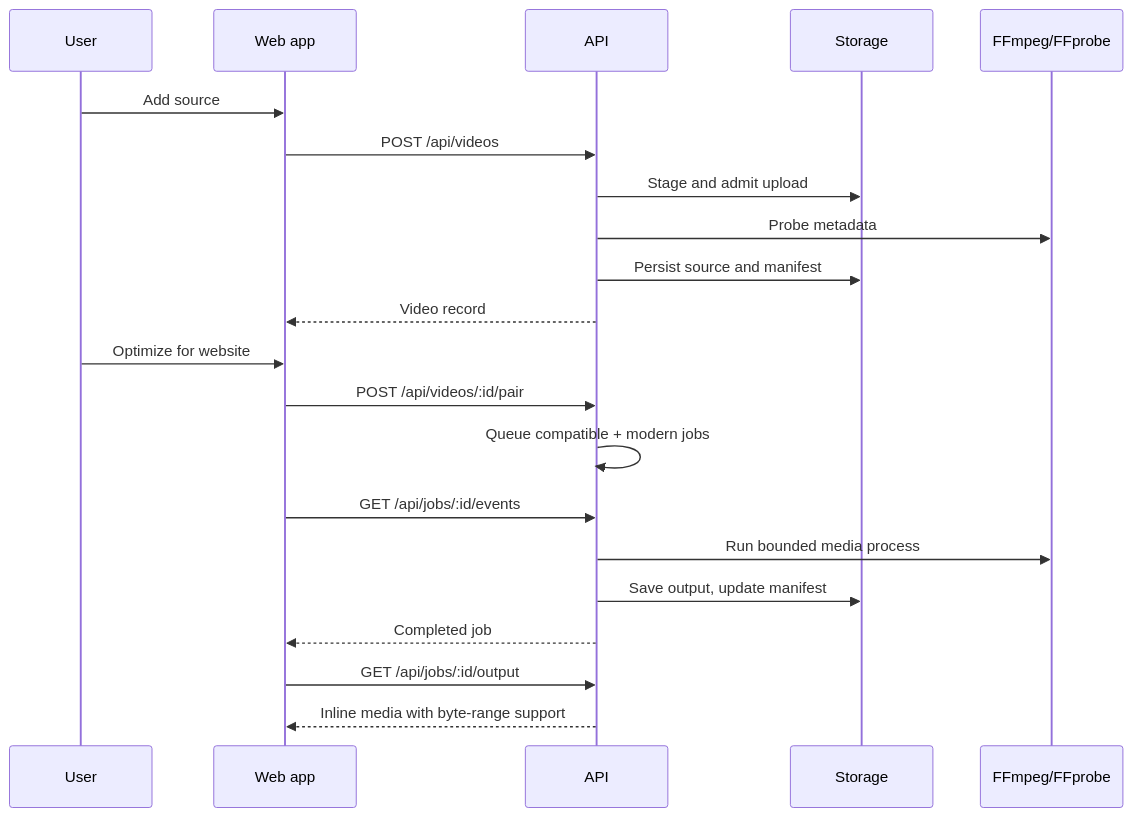
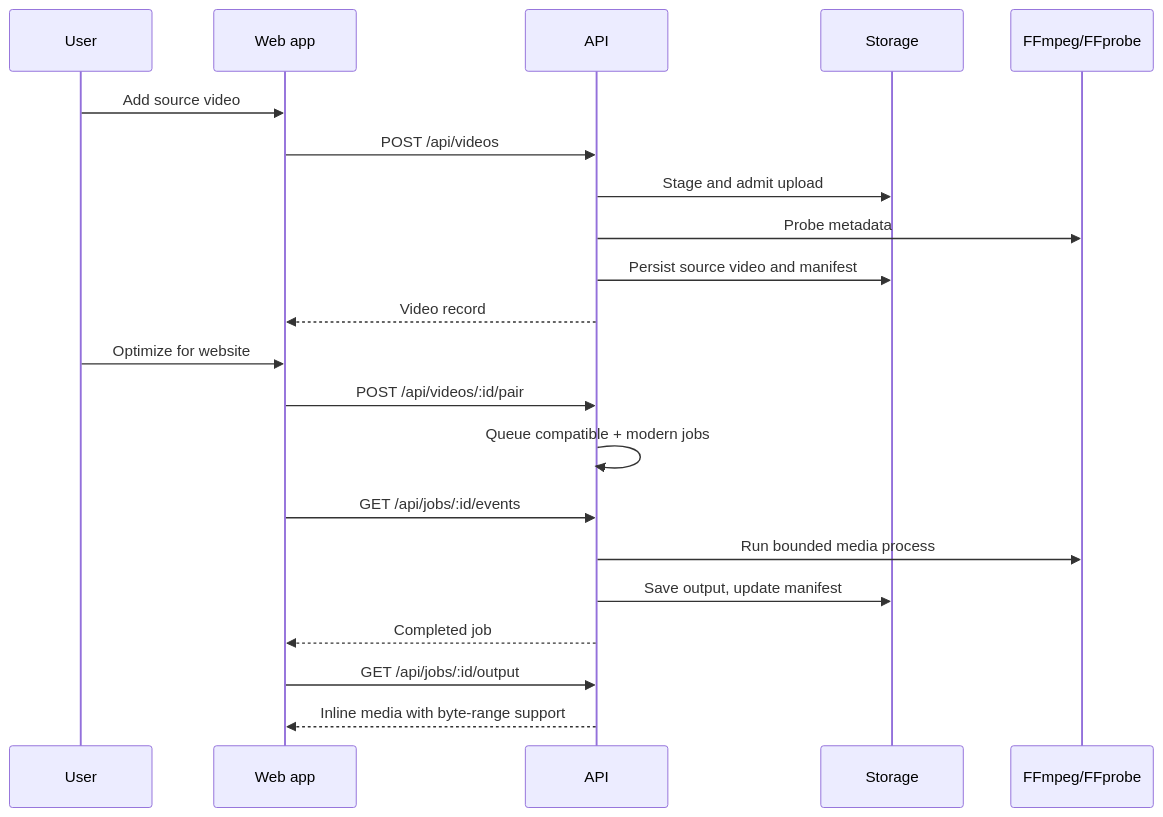
Before and after one commit to Artsen/web-video-optimizer: the second of 4 diagrams in docs/architecture.md, drawn with Mermaid. The commit also changed other lines of this file and 14 other files, not shown here.

````diff
--- a/docs/architecture.md
+++ b/docs/architecture.md
@@ -24,24 +24,24 @@
 ```mermaid
 sequenceDiagram
   participant U as User
   participant W as Web app
   participant A as API
   participant S as Storage
   participant F as FFmpeg/FFprobe
 
-  U->>W: Add source
+  U->>W: Add source video
   W->>A: POST /api/videos
   A->>S: Stage and admit upload
   A->>F: Probe metadata
-  A->>S: Persist source and manifest
+  A->>S: Persist source video and manifest
   A-->>W: Video record
   U->>W: Optimize for website
   W->>A: POST /api/videos/:id/pair
   A->>A: Queue compatible + modern jobs
   W->>A: GET /api/jobs/:id/events
   A->>F: Run bounded media process
   A->>S: Save output, update manifest
   A-->>W: Completed job
   W->>A: GET /api/jobs/:id/output
   A-->>W: Inline media with byte-range support
 ```
````
